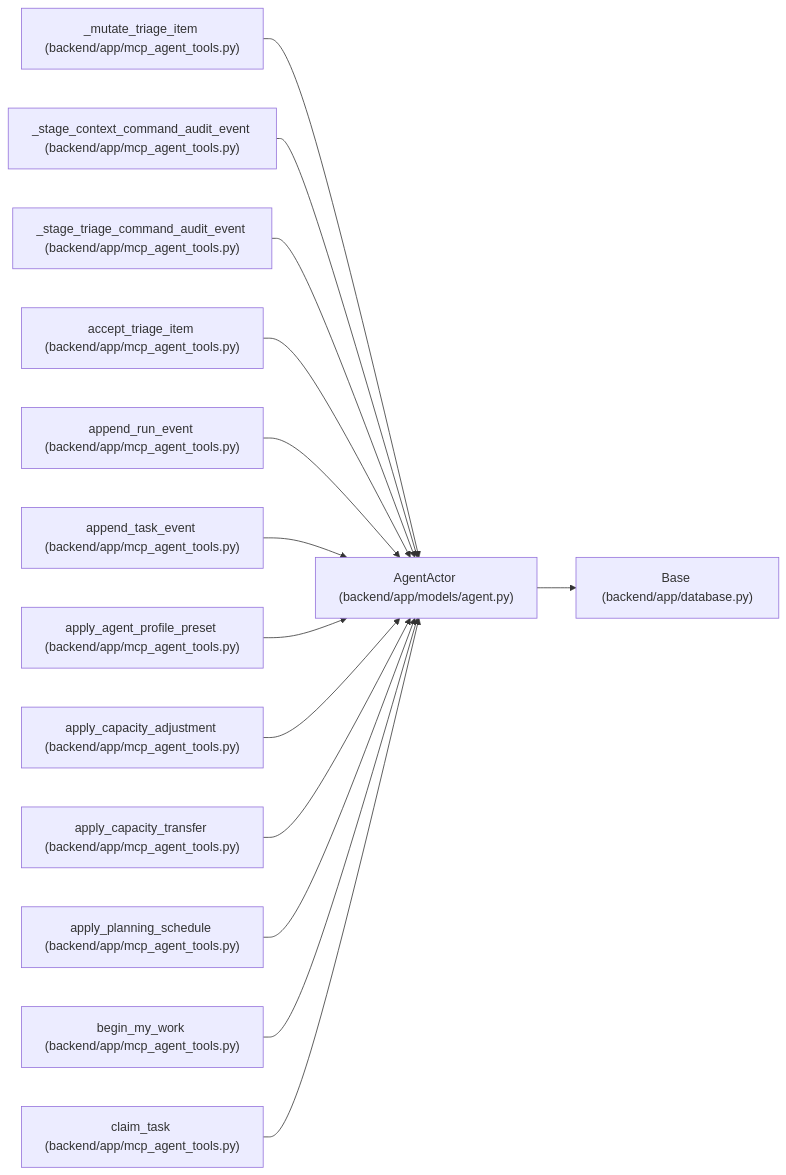
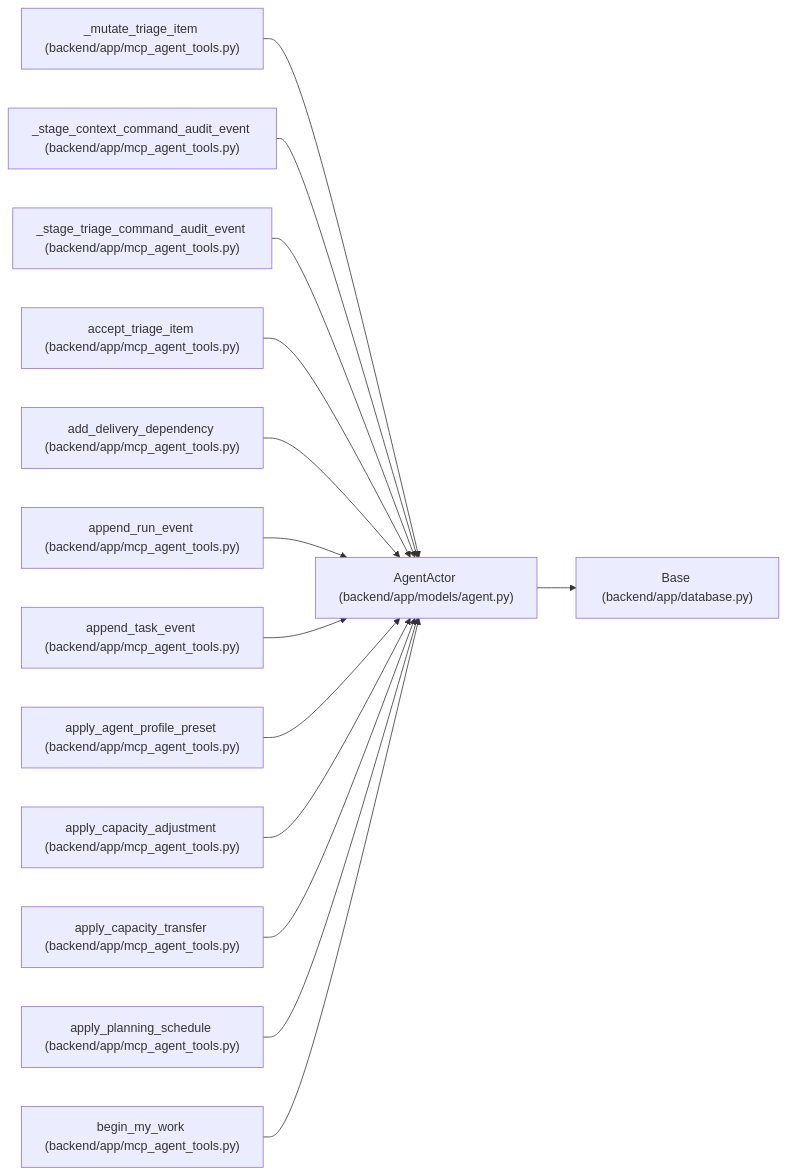
One commit to Denissvgn/WorkChord changed the diagram in docs/llm_wiki/entities/models_agent_AgentActor.md. Above: the diagram before and after it, drawn with Mermaid. The commit also changed other lines of this file and 1420 other files, not shown here.

First line of the commit message:
Refresh the architectural wiki for the 1.10.0 changes

````diff
--- a/docs/llm_wiki/entities/models_agent_AgentActor.md
+++ b/docs/llm_wiki/entities/models_agent_AgentActor.md
@@ -47,44 +47,44 @@
 ```mermaid
 flowchart LR
     n0["AgentActor (backend/app/models/agent.py)"]
     n1["Base (backend/app/database.py)"]
     n2["_mutate_triage_item (backend/app/mcp_agent_tools.py)"]
     n3["_stage_context_command_audit_event (backend/app/mcp_agent_tools.py)"]
     n4["_stage_triage_command_audit_event (backend/app/mcp_agent_tools.py)"]
     n5["accept_triage_item (backend/app/mcp_agent_tools.py)"]
-    n6["append_run_event (backend/app/mcp_agent_tools.py)"]
-    n7["append_task_event (backend/app/mcp_agent_tools.py)"]
-    n8["apply_agent_profile_preset (backend/app/mcp_agent_tools.py)"]
-    n9["apply_capacity_adjustment (backend/app/mcp_agent_tools.py)"]
-    n10["apply_capacity_transfer (backend/app/mcp_agent_tools.py)"]
-    n11["apply_planning_schedule (backend/app/mcp_agent_tools.py)"]
-    n12["begin_my_work (backend/app/mcp_agent_tools.py)"]
-    n13["claim_task (backend/app/mcp_agent_tools.py)"]
+    n6["add_delivery_dependency (backend/app/mcp_agent_tools.py)"]
+    n7["append_run_event (backend/app/mcp_agent_tools.py)"]
+    n8["append_task_event (backend/app/mcp_agent_tools.py)"]
+    n9["apply_agent_profile_preset (backend/app/mcp_agent_tools.py)"]
+    n10["apply_capacity_adjustment (backend/app/mcp_agent_tools.py)"]
+    n11["apply_capacity_transfer (backend/app/mcp_agent_tools.py)"]
+    n12["apply_planning_schedule (backend/app/mcp_agent_tools.py)"]
+    n13["begin_my_work (backend/app/mcp_agent_tools.py)"]
     n0 --> n1
     n2 --> n0
     n3 --> n0
     n4 --> n0
     n5 --> n0
     n6 --> n0
     n7 --> n0
     n8 --> n0
     n9 --> n0
     n10 --> n0
     n11 --> n0
     n12 --> n0
     n13 --> n0
     click n0 "../modules/models_agent.md"
     click n1 "../modules/app_database.md"
     click n2 "../modules/mcp_agent_tools.md"
     click n3 "../modules/mcp_agent_tools.md"
     click n4 "../modules/mcp_agent_tools.md"
     click n5 "../modules/mcp_agent_tools.md"
     click n6 "../modules/mcp_agent_tools.md"
     click n7 "../modules/mcp_agent_tools.md"
     click n8 "../modules/mcp_agent_tools.md"
     click n9 "../modules/mcp_agent_tools.md"
     click n10 "../modules/mcp_agent_tools.md"
     click n11 "../modules/mcp_agent_tools.md"
     click n12 "../modules/mcp_agent_tools.md"
     click n13 "../modules/mcp_agent_tools.md"
 ```
````
